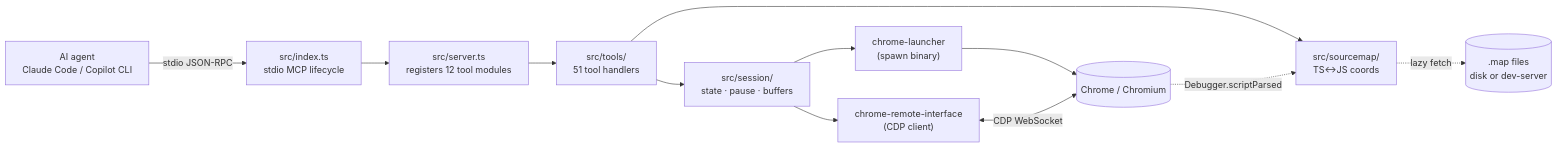
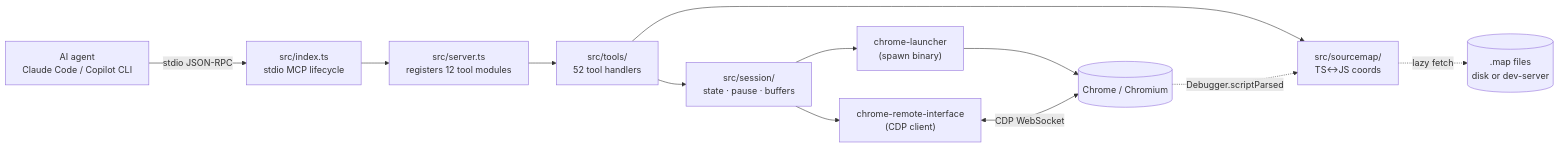
One commit to lcjanke2020/lynceus changed the first of 6 diagrams in docs/ARCHITECTURE.md. Above: the diagram before and after it, drawn with Mermaid. The commit also changed other lines of this file and 10 other files, not shown here.

````diff
--- a/docs/ARCHITECTURE.md
+++ b/docs/ARCHITECTURE.md
@@ -19,25 +19,25 @@
 ```mermaid
 flowchart LR
     Agent["AI agent<br/>Claude Code / Copilot CLI"]
     Index["src/index.ts<br/>stdio MCP lifecycle"]
     Server["src/server.ts<br/>registers 12 tool modules"]
-    Tools["src/tools/<br/>51 tool handlers"]
+    Tools["src/tools/<br/>52 tool handlers"]
     Session["src/session/<br/>state · pause · buffers"]
     Sourcemap["src/sourcemap/<br/>TS↔JS coords"]
     CRI["chrome-remote-interface<br/>(CDP client)"]
     Launcher["chrome-launcher<br/>(spawn binary)"]
     Chrome[("Chrome / Chromium")]
     Maps[(".map files<br/>disk or dev-server")]
 
     Agent -- "stdio JSON-RPC" --> Index
     Index --> Server
     Server --> Tools
     Tools --> Session
     Tools --> Sourcemap
     Session --> CRI
     Session --> Launcher
     Launcher --> Chrome
     CRI <-- "CDP WebSocket" --> Chrome
     Chrome -. "Debugger.scriptParsed" .-> Sourcemap
     Sourcemap -. "lazy fetch" .-> Maps
 ```
````
